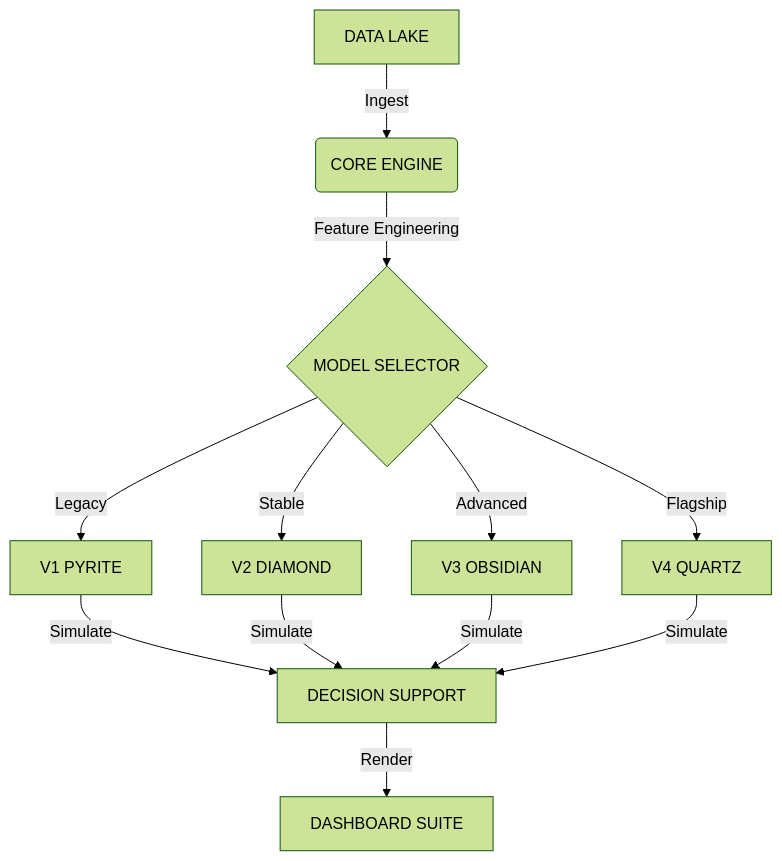
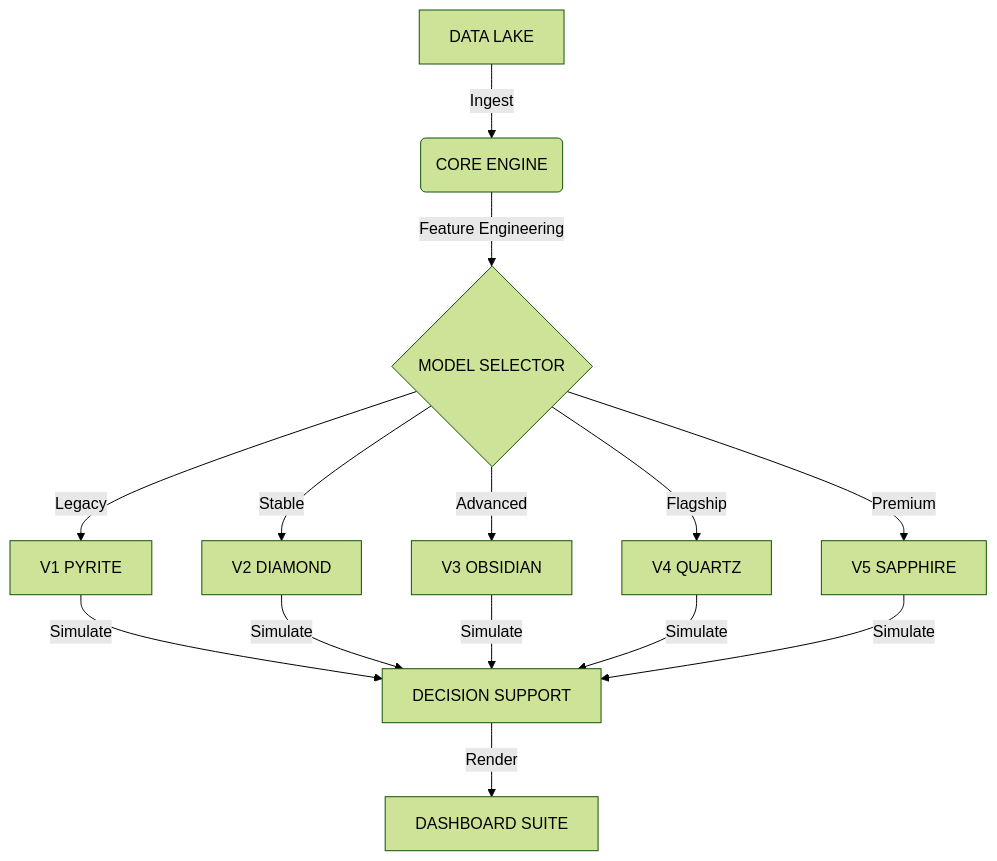
The diagram in README.md (DSargent21/Quarry-Intelligence), drawn with Mermaid (forest theme) before and after one commit. The commit also changed other lines of this file and 57 other files, not shown here.

````diff
--- a/README.md
+++ b/README.md
@@ -53,11 +52,12 @@
 ```mermaid
 graph TD
     A[DATA LAKE] -->|Ingest| B(CORE ENGINE)
     B -->|Feature Engineering| C{MODEL SELECTOR}
     C -->|Legacy| D[V1 PYRITE]
     C -->|Stable| E[V2 DIAMOND]
     C -->|Advanced| F[V3 OBSIDIAN]
     C -->|Flagship| G[V4 QUARTZ]
-    D & E & F & G -->|Simulate| H[DECISION SUPPORT]
+    C -->|Premium| J[V5 SAPPHIRE]
+    D & E & F & G & J -->|Simulate| H[DECISION SUPPORT]
     H -->|Render| I[DASHBOARD SUITE]
 ```
````
